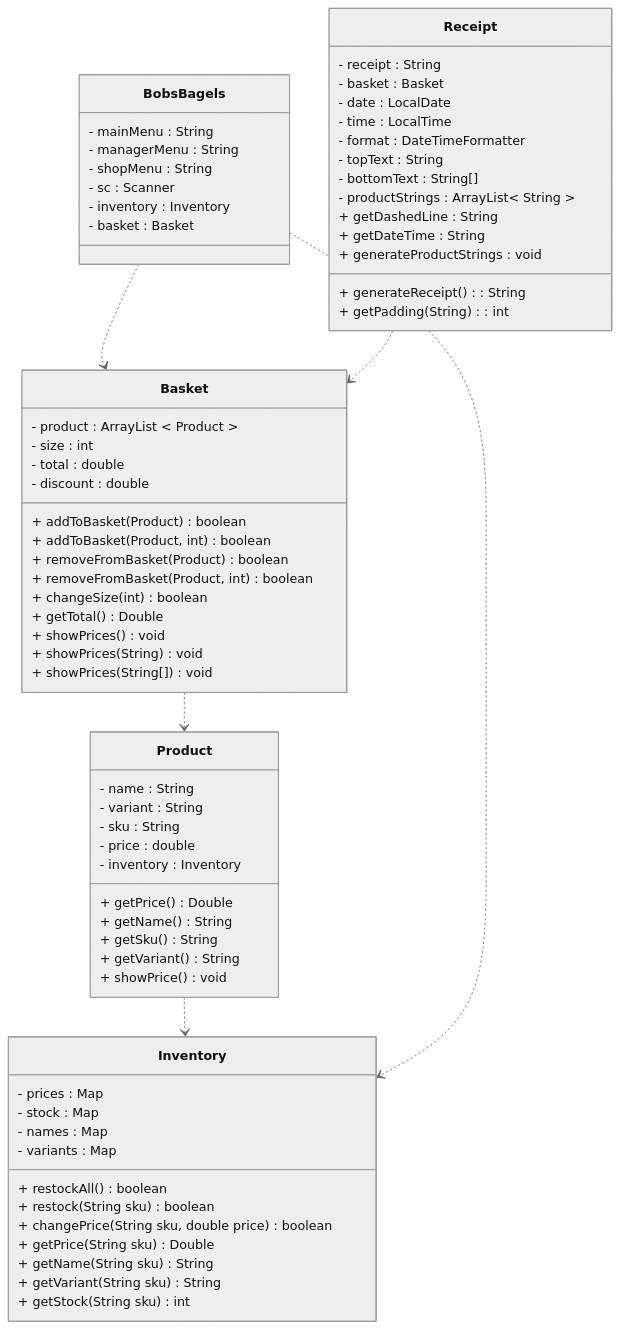
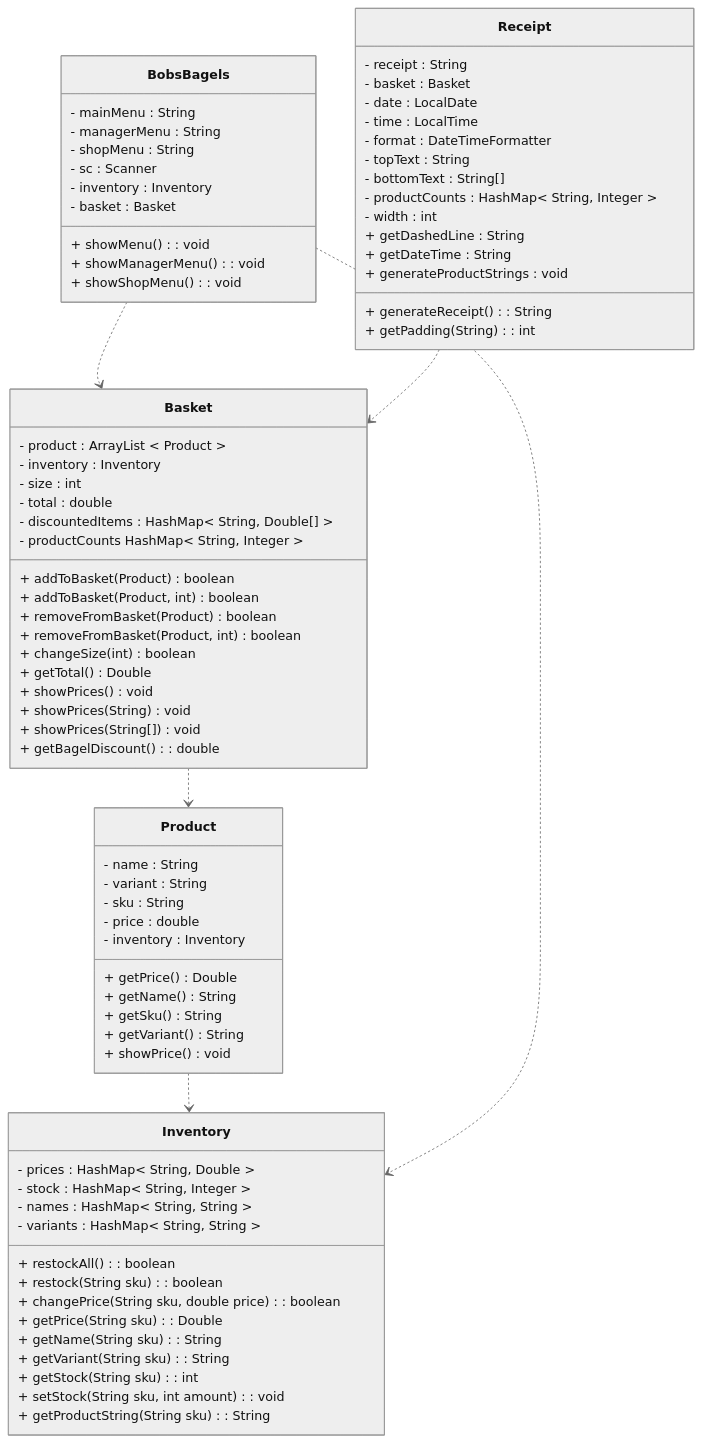
The diagram in class-diagram.md (nora-hansen/java-tdd-oop-bobs-bagels), drawn with Mermaid (neutral theme) before and after one commit. The commit also changed 2 other files, not shown here.

Commit message:
Updated diagram and models

`````diff
--- a/class-diagram.md
+++ b/class-diagram.md
@@ -1,71 +1,80 @@
 ````mermaid
 classDiagram
     class Basket{    
         - product : ArrayList < Product >
+        - inventory : Inventory
         - size : int
         - total : double
-        - discount : double
+        - discountedItems : HashMap< String, Double[] >
+        - productCounts HashMap< String, Integer >
         + addToBasket(Product) boolean
         + addToBasket(Product, int) boolean
         + removeFromBasket(Product) boolean
         + removeFromBasket(Product, int) boolean
         + changeSize(int) boolean
         + getTotal() Double
         + showPrices() void
         + showPrices(String) void
         + showPrices(String[]) void
+        + getBagelDiscount() : double
         }
     class Product{    
         - name : String
         - variant : String
         - sku : String
         - price : double
         - inventory : Inventory
         + getPrice() Double
         + getName() String
         + getSku() String
         + getVariant() String
         + showPrice() void
         }
     class Inventory{    
-        - prices : Map
-        - stock : Map
-        - names : Map
-        - variants : Map
-        + restockAll() boolean
-        + restock(String sku) boolean
-        + changePrice(String sku, double price) boolean
-        + getPrice(String sku) Double
-        + getName(String sku) String
-        + getVariant(String sku) String
-        + getStock(String sku) int
+        - prices : HashMap< String, Double >
+        - stock : HashMap< String, Integer >
+        - names : HashMap< String, String >
+        - variants : HashMap< String, String >
+        + restockAll() : boolean
+        + restock(String sku) : boolean
+        + changePrice(String sku, double price) : boolean
+        + getPrice(String sku) : Double
+        + getName(String sku) : String
+        + getVariant(String sku) : String
+        + getStock(String sku) : int
+        + setStock(String sku, int amount) : void
+        + getProductString(String sku) : String
         }
     class BobsBagels{
         - mainMenu : String
         - managerMenu : String
         - shopMenu : String
         - sc : Scanner
         - inventory : Inventory
         - basket : Basket
+        + showMenu() : void
+        + showManagerMenu() : void
+        + showShopMenu() : void
     }
     class Receipt{
         - receipt : String
         - basket : Basket
         - date : LocalDate
         - time : LocalTime
         - format : DateTimeFormatter
         - topText : String
         - bottomText : String[]
-        - productStrings : ArrayList< String >
+        - productCounts : HashMap< String, Integer >
+        - width : int
         + generateReceipt() : String
         + getPadding(String) : int
         + getDashedLine : String
         + getDateTime : String
         + generateProductStrings : void
     }
     Basket ..> Product
     Product ..> Inventory
     BobsBagels ..> Basket
     BobsBagels ..> Inventory
     Receipt ..> Basket
 ````
`````
